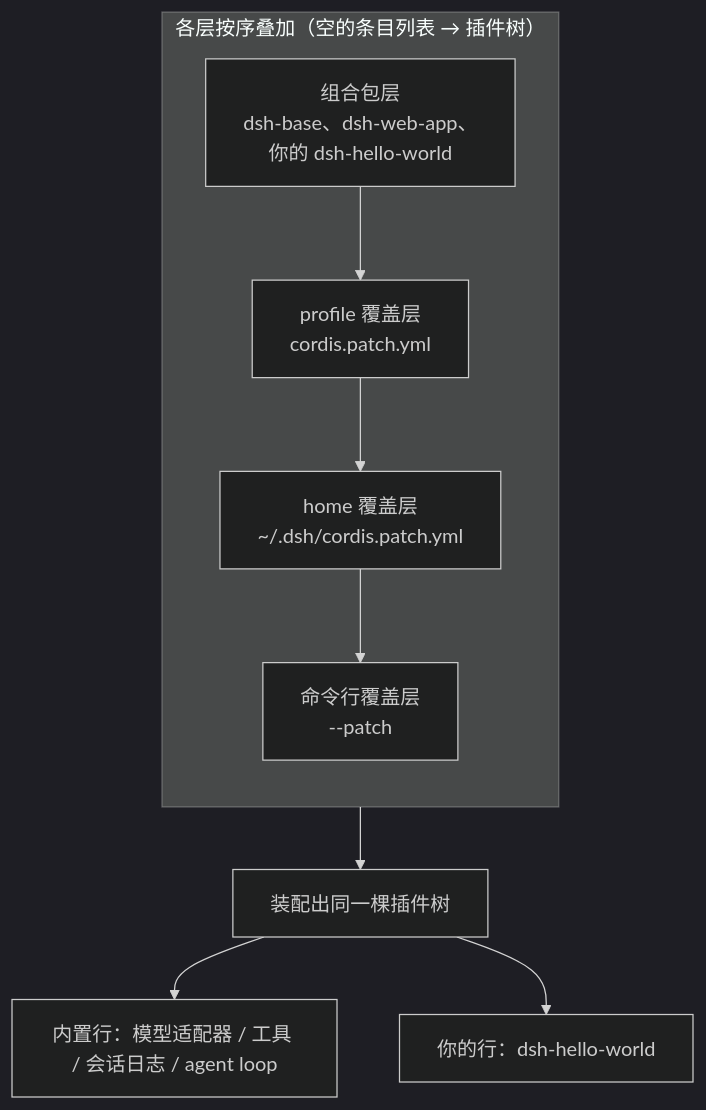
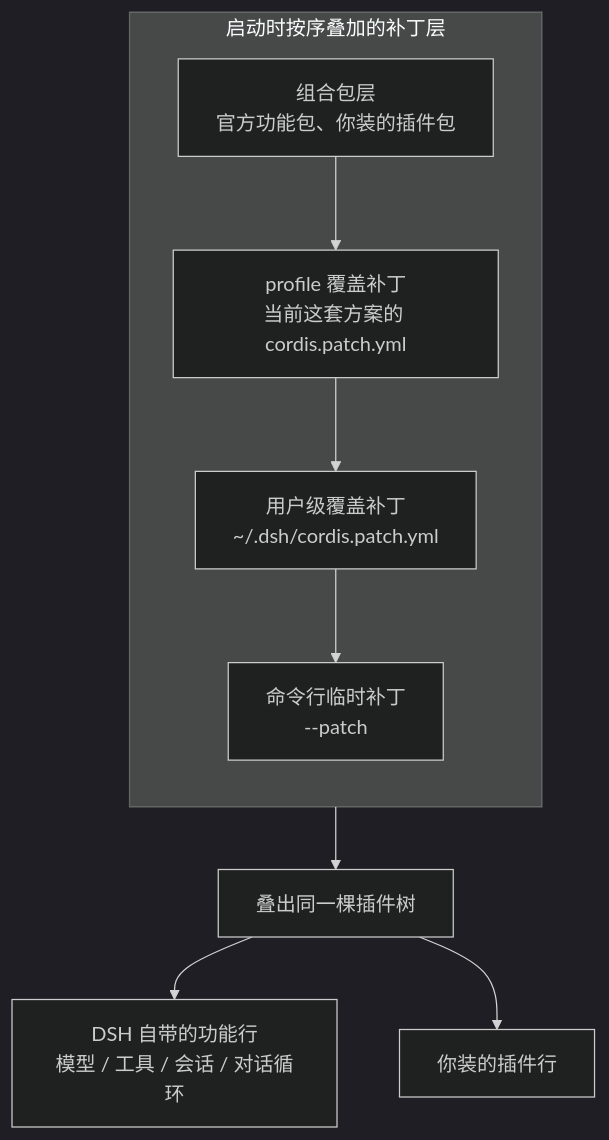
The first of 2 diagrams in dsh 插件开发学习/02-最小插件的结构与装配.md (anthonyzhao-4926/blog), drawn with Mermaid (dark theme) before and after one commit. The commit also changed other lines of this file and 38 other files, not shown here.

````diff
--- a/dsh 插件开发学习/02-最小插件的结构与装配.md
+++ b/dsh 插件开发学习/02-最小插件的结构与装配.md
@@ -31,12 +33,12 @@
 ```mermaid
 flowchart TD
-    subgraph layers["各层按序叠加（空的条目列表 → 插件树）"]
+    subgraph layers["启动时按序叠加的补丁层"]
         direction TB
-        A["组合包层<br/>dsh-base、dsh-web-app、<br/>你的 dsh-hello-world"] --> B["profile 覆盖层<br/>cordis.patch.yml"]
-        B --> C["home 覆盖层<br/>~/.dsh/cordis.patch.yml"]
-        C --> D["命令行覆盖层<br/>--patch"]
+        A["组合包层<br/>官方功能包、你装的插件包"] --> B["profile 覆盖补丁<br/>当前这套方案的 cordis.patch.yml"]
+        B --> C["用户级覆盖补丁<br/>~/.dsh/cordis.patch.yml"]
+        C --> D["命令行临时补丁<br/>--patch"]
     end
-    D --> E["装配出同一棵插件树"]
-    E --> F["内置行：模型适配器 / 工具 / 会话日志 / agent loop"]
-    E --> G["你的行：dsh-hello-world"]
+    D --> E["叠出同一棵插件树"]
+    E --> F["DSH 自带的功能行<br/>模型 / 工具 / 会话 / 对话循环"]
+    E --> G["你装的插件行"]
 ```
````
